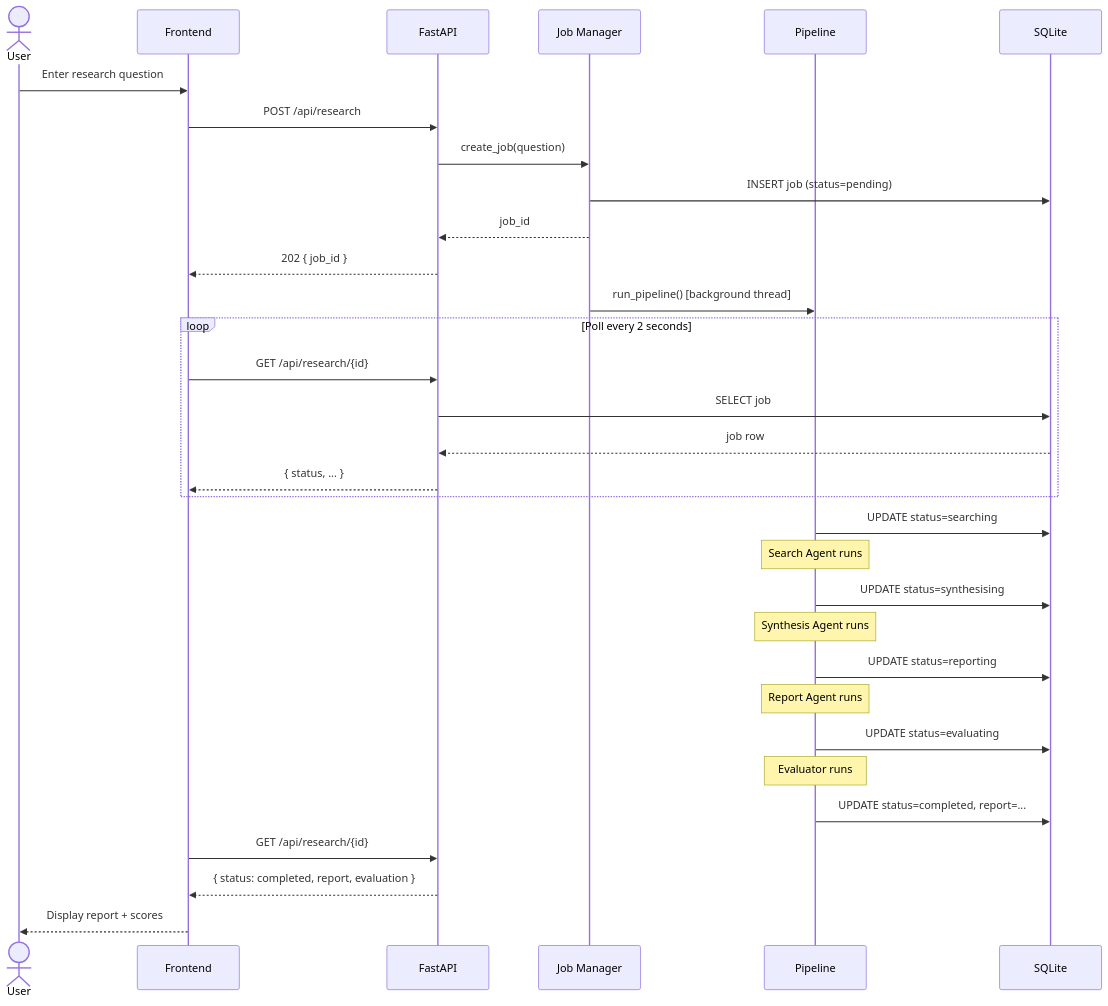
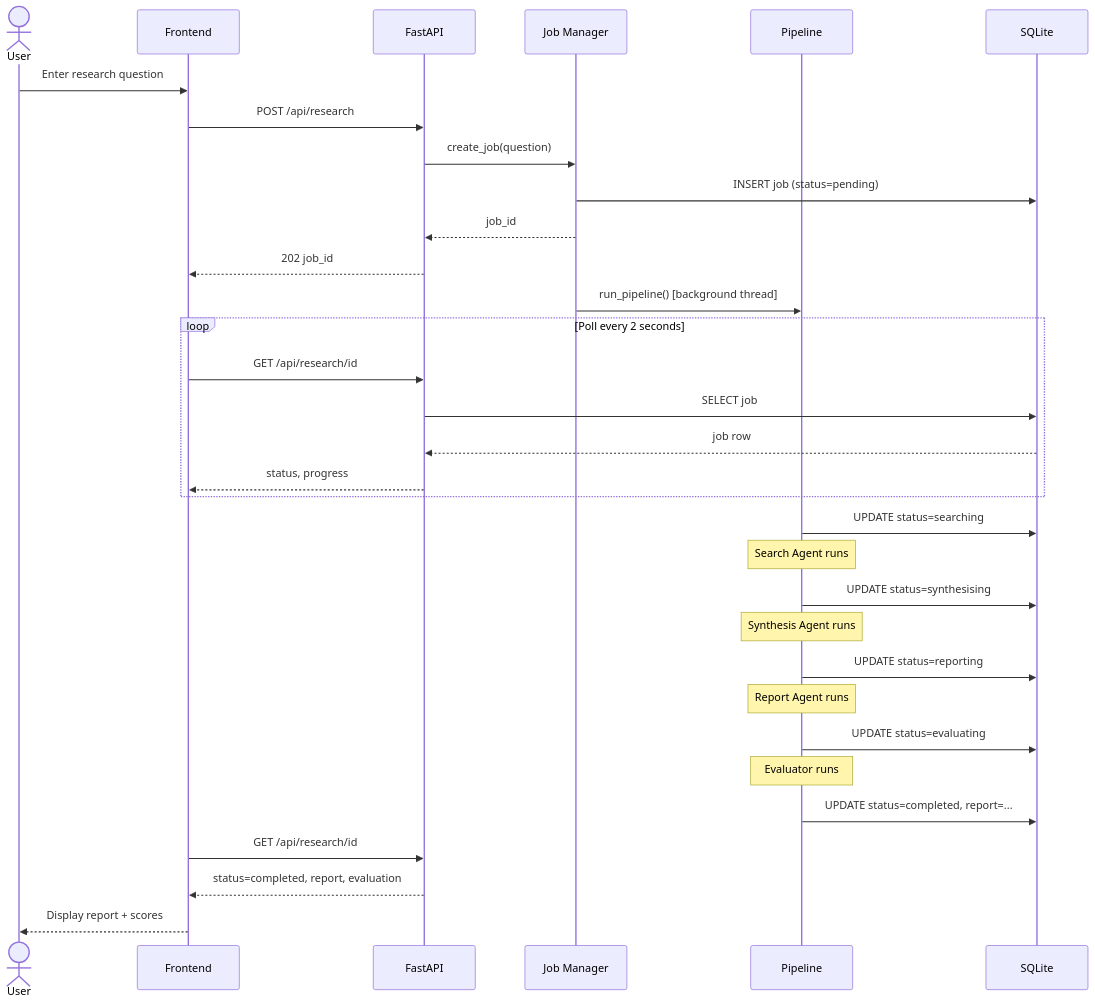
Before and after one commit to jnlandu/aims-ric-dts-2026-research-agent: the second of 13 diagrams in ressources/report/report.md, drawn with Mermaid. The commit also changed other lines of this file and 15 other files, not shown here.

````diff
--- a/ressources/report/report.md
+++ b/ressources/report/report.md
@@ -97,39 +106,39 @@
 ```mermaid
 sequenceDiagram
     actor User
     participant FE as Frontend
     participant API as FastAPI
     participant Jobs as Job Manager
     participant Pipeline as Pipeline
     participant DB as SQLite
 
     User->>FE: Enter research question
     FE->>API: POST /api/research
     API->>Jobs: create_job(question)
     Jobs->>DB: INSERT job (status=pending)
     Jobs-->>API: job_id
-    API-->>FE: 202 { job_id }
+    API-->>FE: 202 job_id
 
     Jobs->>Pipeline: run_pipeline() [background thread]
 
     loop Poll every 2 seconds
-        FE->>API: GET /api/research/{id}
+        FE->>API: GET /api/research/id
         API->>DB: SELECT job
         DB-->>API: job row
-        API-->>FE: { status, ... }
+        API-->>FE: status, progress
     end
 
     Pipeline->>DB: UPDATE status=searching
     Note over Pipeline: Search Agent runs
     Pipeline->>DB: UPDATE status=synthesising
     Note over Pipeline: Synthesis Agent runs
     Pipeline->>DB: UPDATE status=reporting
     Note over Pipeline: Report Agent runs
     Pipeline->>DB: UPDATE status=evaluating
     Note over Pipeline: Evaluator runs
     Pipeline->>DB: UPDATE status=completed, report=...
 
-    FE->>API: GET /api/research/{id}
-    API-->>FE: { status: completed, report, evaluation }
+    FE->>API: GET /api/research/id
+    API-->>FE: status=completed, report, evaluation
     FE-->>User: Display report + scores
 ```
````
